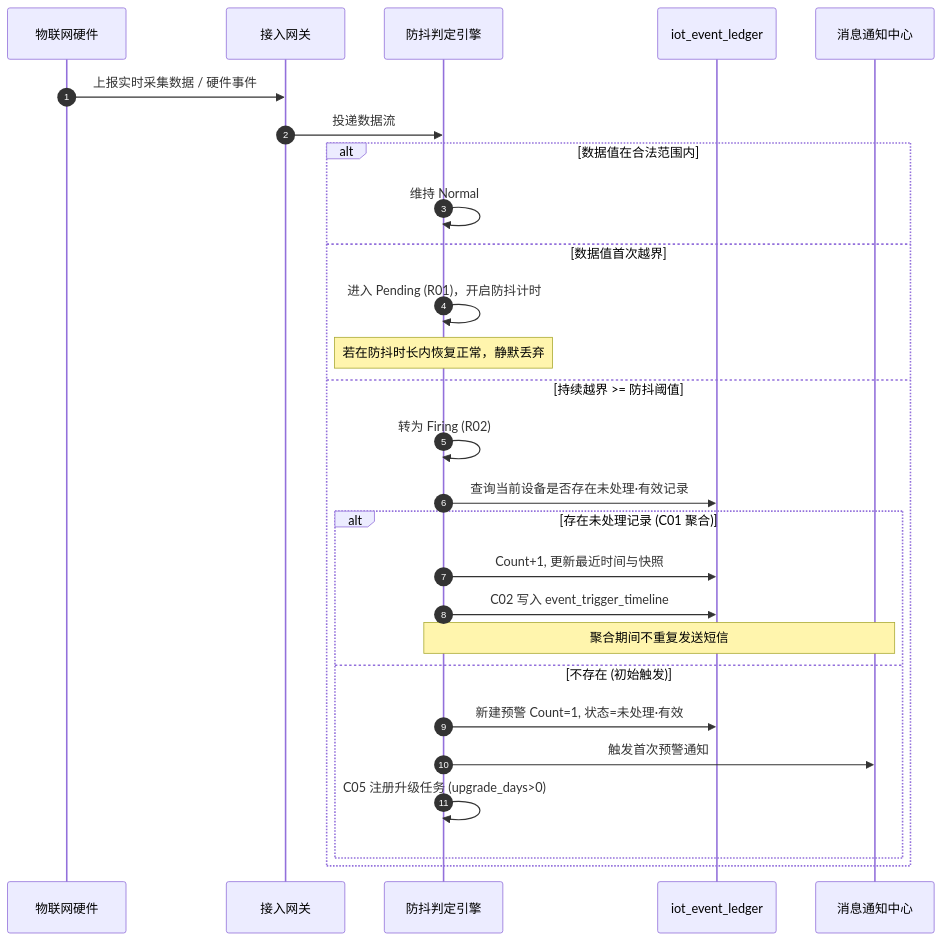
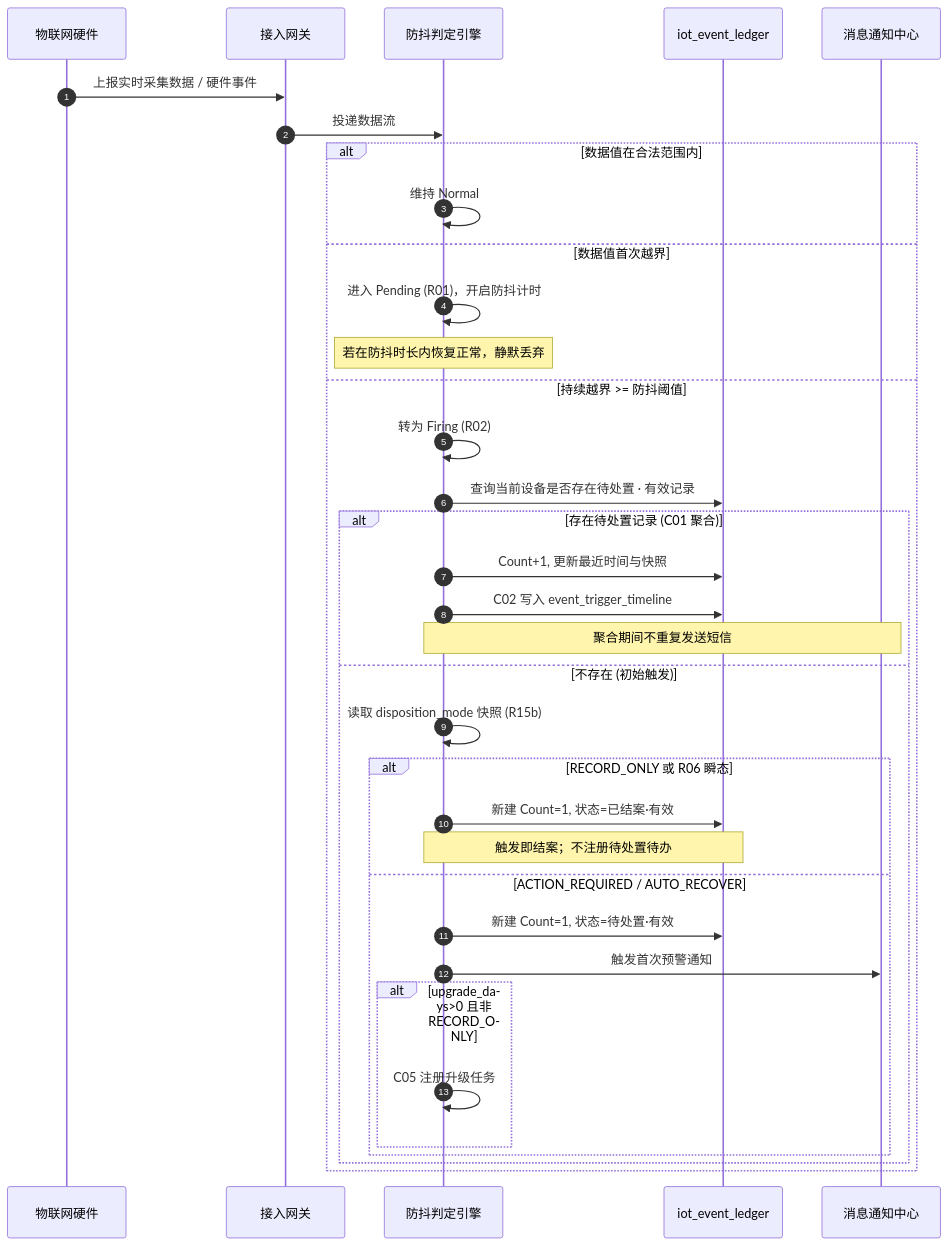
The third of 5 diagrams in 02-PRD文档/B-迭代需求/6.2版本（2026.08）/02-预警信息/01设备预警信息/设备预警信息业务规则规格.md (RobertHuang999/SYZC), drawn with Mermaid before and after one commit. The commit also changed other lines of this file and 70 other files, not shown here.

````diff
--- a/02-PRD文档/B-迭代需求/6.2版本（2026.08）/02-预警信息/01设备预警信息/设备预警信息业务规则规格.md
+++ b/02-PRD文档/B-迭代需求/6.2版本（2026.08）/02-预警信息/01设备预警信息/设备预警信息业务规则规格.md
@@ -311,30 +313,38 @@
 ```mermaid
 sequenceDiagram
     autonumber
     participant DEV as 物联网硬件
     participant GW as 接入网关
     participant ENGINE as 防抖判定引擎
     participant DB as iot_event_ledger
     participant MSG as 消息通知中心
 
     DEV->>GW: 上报实时采集数据 / 硬件事件
     GW->>ENGINE: 投递数据流
     alt 数据值在合法范围内
         ENGINE->>ENGINE: 维持 Normal
     else 数据值首次越界
         ENGINE->>ENGINE: 进入 Pending (R01)，开启防抖计时
         Note over ENGINE: 若在防抖时长内恢复正常，静默丢弃
     else 持续越界 >= 防抖阈值
         ENGINE->>ENGINE: 转为 Firing (R02)
-        ENGINE->>DB: 查询当前设备是否存在未处理·有效记录
-        alt 存在未处理记录 (C01 聚合)
+        ENGINE->>DB: 查询当前设备是否存在待处置 · 有效记录
+        alt 存在待处置记录 (C01 聚合)
             ENGINE->>DB: Count+1, 更新最近时间与快照
             ENGINE->>DB: C02 写入 event_trigger_timeline
             Note over ENGINE,MSG: 聚合期间不重复发送短信
         else 不存在 (初始触发)
-            ENGINE->>DB: 新建预警 Count=1, 状态=未处理·有效
-            ENGINE->>MSG: 触发首次预警通知
-            ENGINE->>ENGINE: C05 注册升级任务 (upgrade_days>0)
+            ENGINE->>ENGINE: 读取 disposition_mode 快照 (R15b)
+            alt RECORD_ONLY 或 R06 瞬态
+                ENGINE->>DB: 新建 Count=1, 状态=已结案·有效
+                Note over ENGINE,DB: 触发即结案；不注册待处置待办
+            else ACTION_REQUIRED / AUTO_RECOVER
+                ENGINE->>DB: 新建 Count=1, 状态=待处置·有效
+                ENGINE->>MSG: 触发首次预警通知
+                alt upgrade_days>0 且非 RECORD_ONLY
+                    ENGINE->>ENGINE: C05 注册升级任务
+                end
+            end
         end
     end
 ```
````
